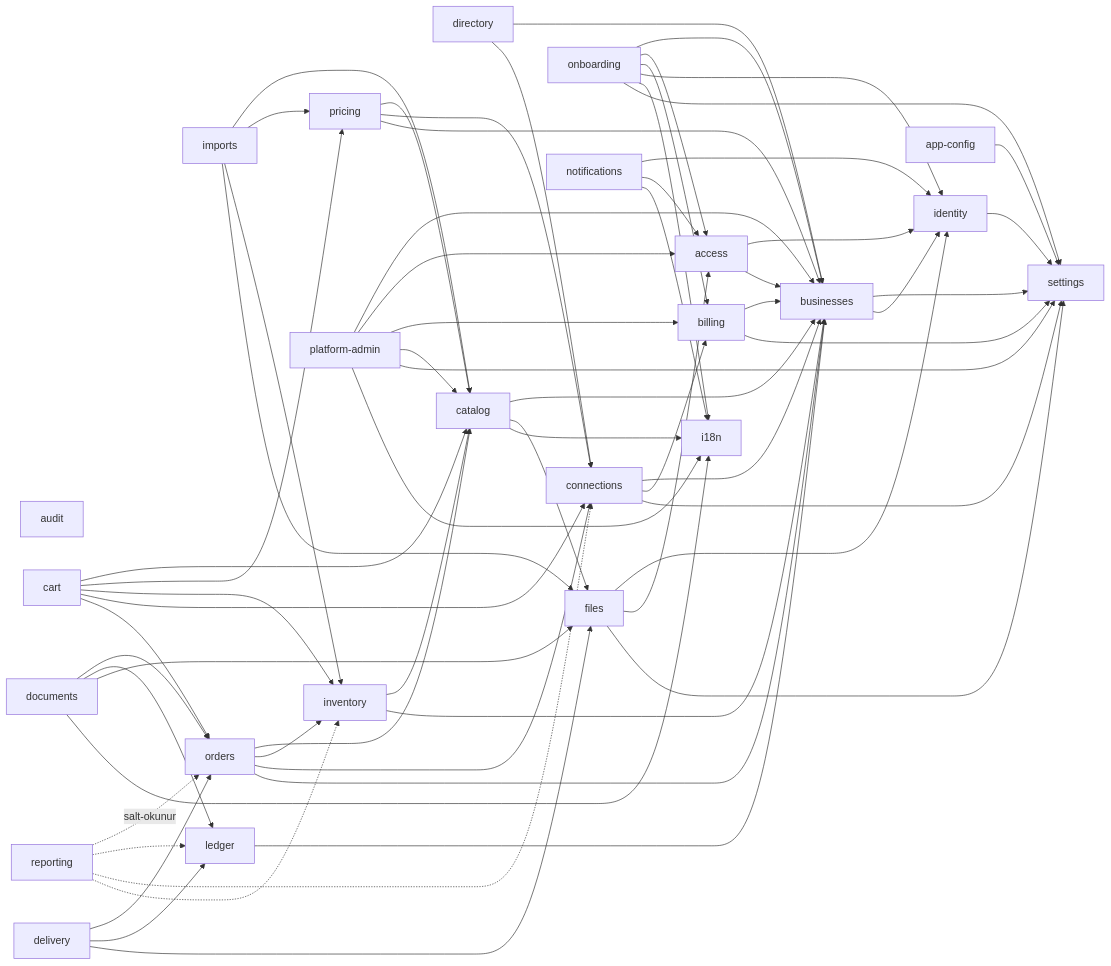
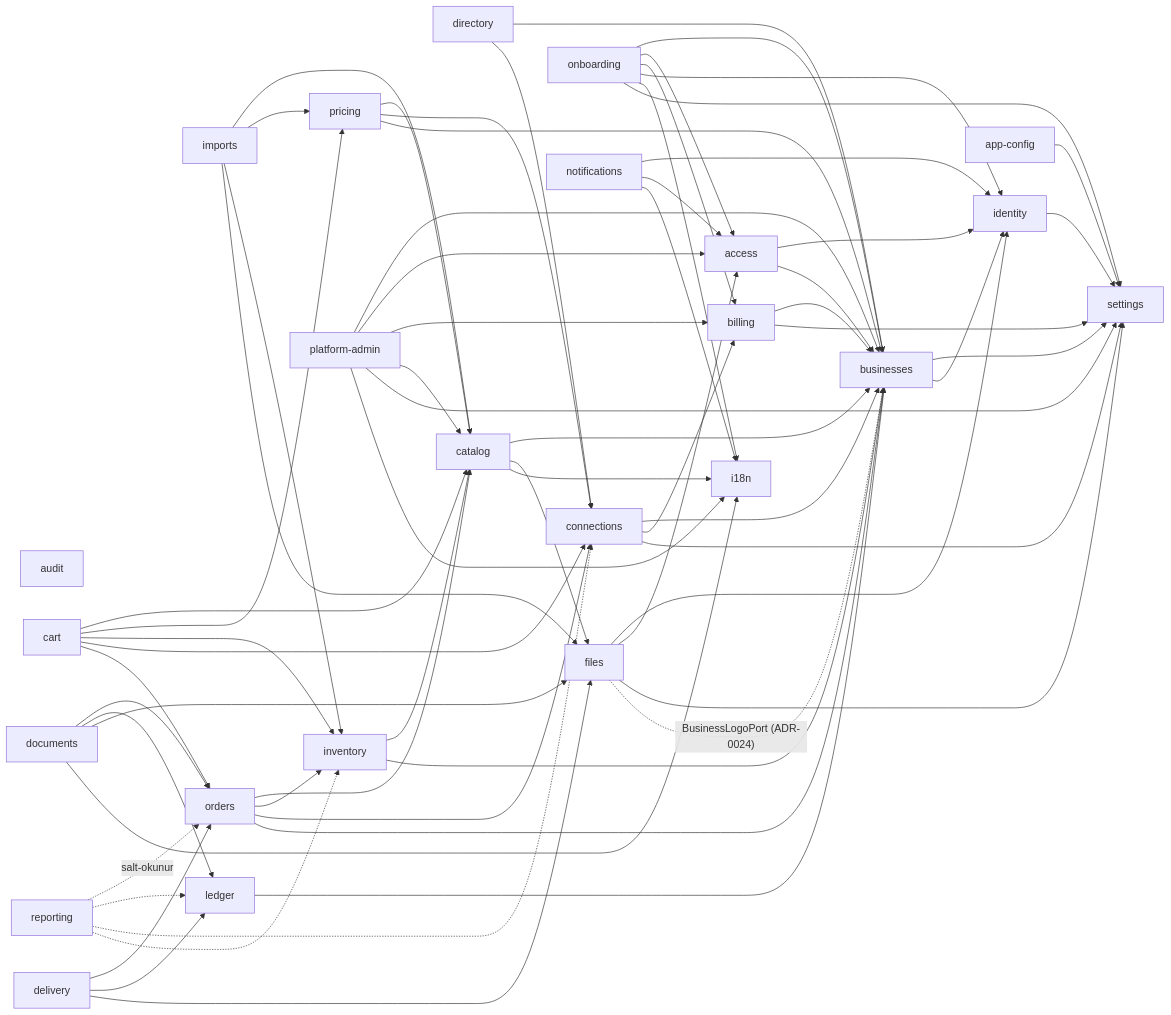
The diagram in docs/03-architecture/c4-component.md (MIRALIKAZIMLI/b2b-platform), drawn with Mermaid before and after one commit. The commit also changed other lines of this file and 25 other files, not shown here.

```diff
--- a/docs/03-architecture/c4-component.md
+++ b/docs/03-architecture/c4-component.md
@@ -79,6 +79,7 @@
     files --> identity
     files --> access
     files --> settings
+    files -.->|"BusinessLogoPort (ADR-0024)"| businesses
 
     reporting -.->|"salt-okunur"| orders
     reporting -.-> ledger
```
